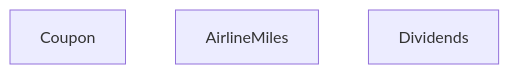
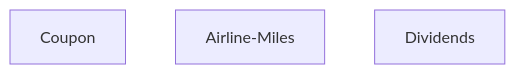
One commit to opencircular/docs changed the first of 2 diagrams in 10_point-systems.md. Above: the diagram before and after it, drawn with Mermaid. The commit also changed other lines of this file, not shown here.

```diff
--- a/10_point-systems.md
+++ b/10_point-systems.md
@@ -33,6 +31,6 @@
 <div class="mermaid">
 graph TD;
     Coupon;
-    AirlineMiles;
+    Airline-Miles;
     Dividends;
 </div>
```
